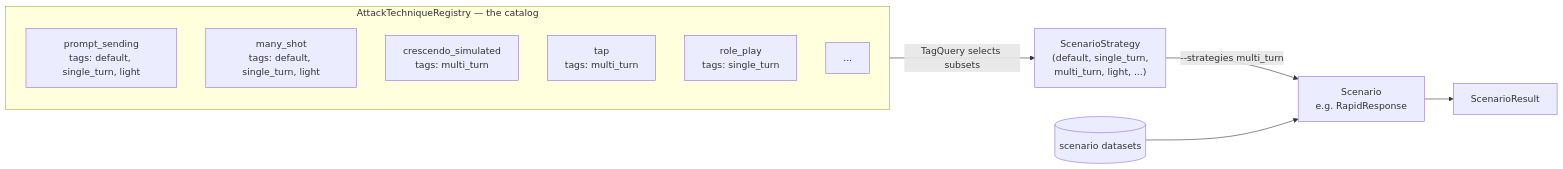
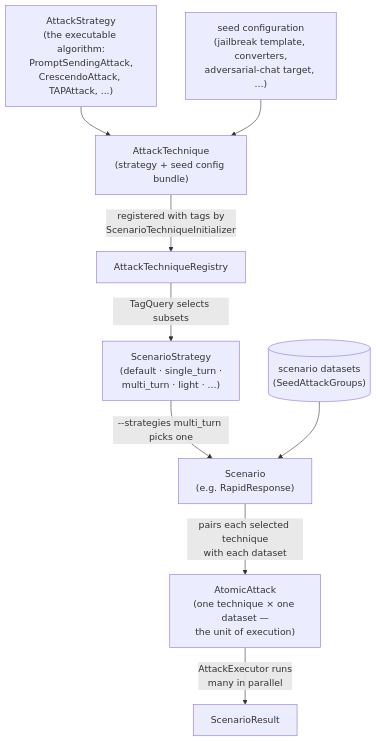
Before and after one commit to hannahwestra25/PyRIT: the diagram in doc/blog/2026_06_04_scenarios.md, drawn with Mermaid. The commit also changed other lines of this file, not shown here.

````diff
--- a/doc/blog/2026_06_04_scenarios.md
+++ b/doc/blog/2026_06_04_scenarios.md
@@ -85,19 +104,19 @@
 ```mermaid
-flowchart LR
-    subgraph Reg["AttackTechniqueRegistry — the catalog"]
-        direction TB
-        T1["prompt_sending<br/>tags: default, single_turn, light"]
-        T2["many_shot<br/>tags: default, single_turn, light"]
-        T3["crescendo_simulated<br/>tags: multi_turn"]
-        T4["tap<br/>tags: multi_turn"]
-        T5["role_play<br/>tags: single_turn"]
-        T6["..."]
-    end
+flowchart TB
+    AS["AttackStrategy<br/>(the executable algorithm:<br/>PromptSendingAttack,<br/>CrescendoAttack, TAPAttack, ...)"]
+    SC["seed configuration<br/>(jailbreak template, converters,<br/>adversarial-chat target, ...)"]
+    AT["AttackTechnique<br/>(strategy + seed config bundle)"]
+    AS --> AT
+    SC --> AT
 
-    Reg -->|"TagQuery selects subsets"| Strat["ScenarioStrategy<br/>(default, single_turn,<br/>multi_turn, light, ...)"]
+    AT -->|"registered with tags by<br/>ScenarioTechniqueInitializer"| Reg["AttackTechniqueRegistry"]
 
-    Strat -->|"--strategies multi_turn"| Sc["Scenario<br/>e.g. RapidResponse"]
-    DS[("scenario datasets")] --> Sc
+    Reg -->|"TagQuery selects subsets"| Strat["ScenarioStrategy<br/>(default · single_turn ·<br/>multi_turn · light · ...)"]
 
-    Sc --> Res["ScenarioResult"]
+    Strat -->|"--strategies multi_turn picks one"| Sc["Scenario<br/>(e.g. RapidResponse)"]
+    DS[("scenario datasets<br/>(SeedAttackGroups)")] --> Sc
+
+    Sc -->|"pairs each selected technique<br/>with each dataset"| AA["AtomicAttack<br/>(one technique × one dataset —<br/>the unit of execution)"]
+
+    AA -->|"AttackExecutor runs<br/>many in parallel"| Res["ScenarioResult"]
 ```
````
